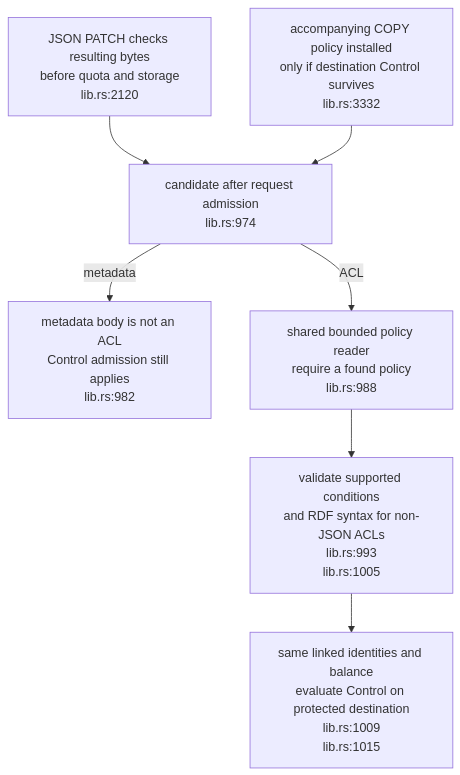
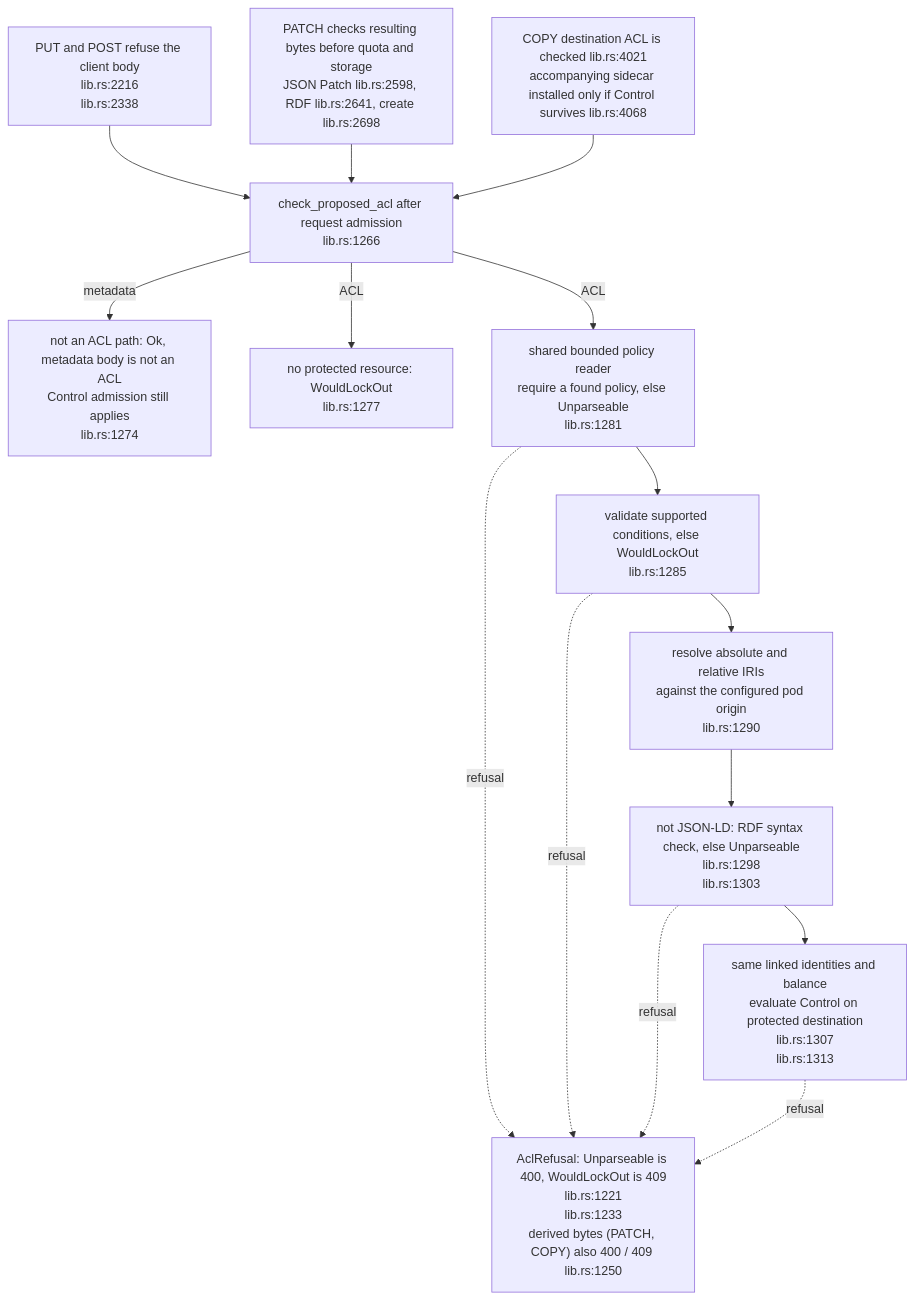
One commit to DreamLab-AI/VisionFlow changed the first of 3 diagrams in docs/diagrams/solid-pod-rs/13-acl-control-and-discovery.md. Above: the diagram before and after it, drawn with Mermaid. The commit also changed other lines of this file and 1 other file, not shown here.

First line of the commit message:
docs(diagrams): SP-03, SP-13 re-verified at solid-pod-rs a28a748

````diff
--- a/docs/diagrams/solid-pod-rs/13-acl-control-and-discovery.md
+++ b/docs/diagrams/solid-pod-rs/13-acl-control-and-discovery.md
@@ -25,14 +27,25 @@
 ```mermaid
 flowchart TD
-    CAND["candidate after request admission<br/>lib.rs:974"]
-    META["metadata body is not an ACL<br/>Control admission still applies<br/>lib.rs:982"]
-    READ["shared bounded policy reader<br/>require a found policy<br/>lib.rs:988"]
-    VALID["validate supported conditions<br/>and RDF syntax for non-JSON ACLs<br/>lib.rs:993<br/>lib.rs:1005"]
-    EVAL["same linked identities and balance<br/>evaluate Control on protected destination<br/>lib.rs:1009<br/>lib.rs:1015"]
-    PATCH["JSON PATCH checks resulting bytes<br/>before quota and storage<br/>lib.rs:2120"]
-    COPY["accompanying COPY policy installed<br/>only if destination Control survives<br/>lib.rs:3332"]
-    CAND -->|metadata| META
-    CAND -->|ACL| READ --> VALID --> EVAL
+    CAND["check_proposed_acl after request admission<br/>lib.rs:1266"]
+    META["not an ACL path: Ok, metadata body is not an ACL<br/>Control admission still applies<br/>lib.rs:1274"]
+    NOPROT["no protected resource: WouldLockOut<br/>lib.rs:1277"]
+    READ["shared bounded policy reader<br/>require a found policy, else Unparseable<br/>lib.rs:1281"]
+    VALID["validate supported conditions, else WouldLockOut<br/>lib.rs:1285"]
+    BASE["resolve absolute and relative IRIs<br/>against the configured pod origin<br/>lib.rs:1290"]
+    SYN["not JSON-LD: RDF syntax check, else Unparseable<br/>lib.rs:1298<br/>lib.rs:1303"]
+    EVAL["same linked identities and balance<br/>evaluate Control on protected destination<br/>lib.rs:1307<br/>lib.rs:1313"]
+    REF["AclRefusal: Unparseable is 400, WouldLockOut is 409<br/>lib.rs:1221<br/>lib.rs:1233<br/>derived bytes (PATCH, COPY) also 400 / 409 lib.rs:1250"]
+    PUT["PUT and POST refuse the client body<br/>lib.rs:2216<br/>lib.rs:2338"]
+    PATCH["PATCH checks resulting bytes before quota and storage<br/>JSON Patch lib.rs:2598, RDF lib.rs:2641, create lib.rs:2698"]
+    COPY["COPY destination ACL is checked lib.rs:4021<br/>accompanying sidecar installed only if Control survives lib.rs:4068"]
+    PUT --> CAND
     PATCH --> CAND
     COPY --> CAND
+    CAND -->|metadata| META
+    CAND -->|ACL| NOPROT
+    CAND -->|ACL| READ --> VALID --> BASE --> SYN --> EVAL
+    READ -. refusal .-> REF
+    VALID -. refusal .-> REF
+    SYN -. refusal .-> REF
+    EVAL -. refusal .-> REF
 ```
````
